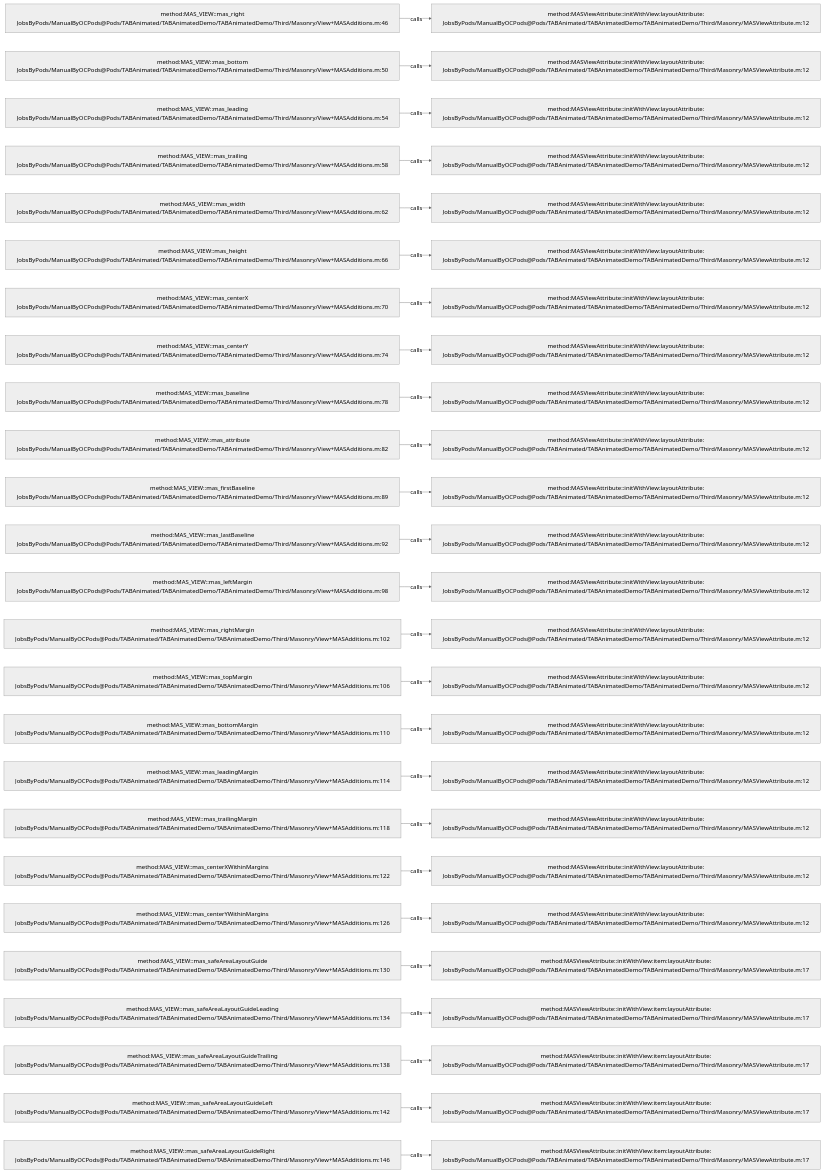
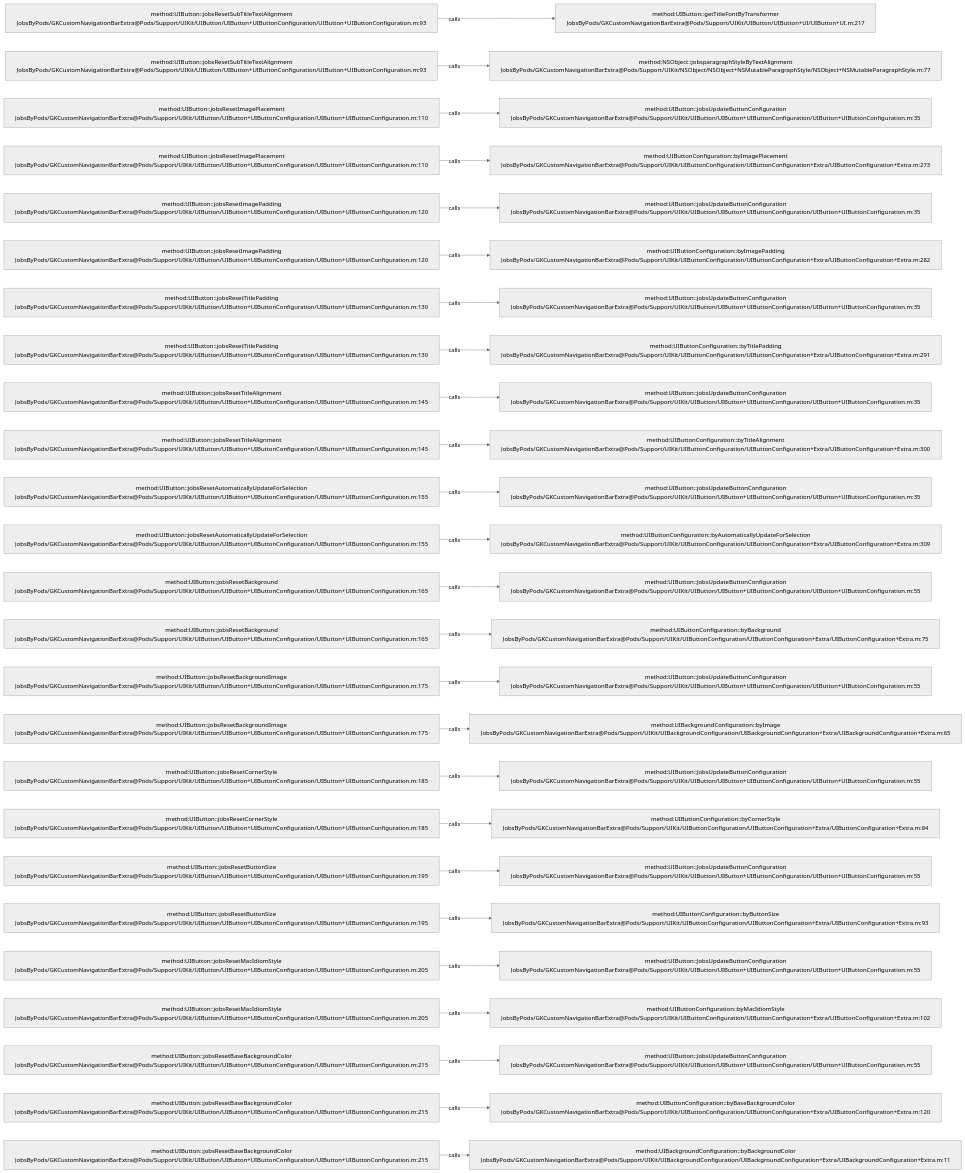
The diagram in .codegraph/codegraph.md/graphs/calls-033.md (JobsKits/JobsOCBaseConfigDemo), drawn with Mermaid (neutral theme) before and after one commit. The commit also changed 768 other files, not shown here.

````diff
--- a/.codegraph/codegraph.md/graphs/calls-033.md
+++ b/.codegraph/codegraph.md/graphs/calls-033.md
@@ -13,78 +13,78 @@
 ```mermaid
 flowchart LR
-  S1["method:MAS_VIEW::mas_right<br/>JobsByPods/ManualByOCPods@Pods/TABAnimated/TABAnimatedDemo/TABAnimatedDemo/Third/Masonry/View+MASAdditions.m:46"]
-  T1["method:MASViewAttribute::initWithView:layoutAttribute:<br/>JobsByPods/ManualByOCPods@Pods/TABAnimated/TABAnimatedDemo/TABAnimatedDemo/Third/Masonry/MASViewAttribute.m:12"]
+  S1["method:UIButton::jobsResetSubTitleTextAlignment<br/>JobsByPods/GKCustomNavigationBarExtra@Pods/Support/UIKit/UIButton/UIButton+UIButtonConfiguration/UIButton+UIButtonConfiguration.m:93"]
+  T1["method:UIButton::getTitleFontByTransformer<br/>JobsByPods/GKCustomNavigationBarExtra@Pods/Support/UIKit/UIButton/UIButton+UI/UIButton+UI.m:217"]
   S1 -->|calls| T1
-  S2["method:MAS_VIEW::mas_bottom<br/>JobsByPods/ManualByOCPods@Pods/TABAnimated/TABAnimatedDemo/TABAnimatedDemo/Third/Masonry/View+MASAdditions.m:50"]
-  T2["method:MASViewAttribute::initWithView:layoutAttribute:<br/>JobsByPods/ManualByOCPods@Pods/TABAnimated/TABAnimatedDemo/TABAnimatedDemo/Third/Masonry/MASViewAttribute.m:12"]
+  S2["method:UIButton::jobsResetSubTitleTextAlignment<br/>JobsByPods/GKCustomNavigationBarExtra@Pods/Support/UIKit/UIButton/UIButton+UIButtonConfiguration/UIButton+UIButtonConfiguration.m:93"]
+  T2["method:NSObject::jobsparagraphStyleByTextAlignment<br/>JobsByPods/GKCustomNavigationBarExtra@Pods/Support/UIKit/NSObject/NSObject+NSMutableParagraphStyle/NSObject+NSMutableParagraphStyle.m:77"]
   S2 -->|calls| T2
-  S3["method:MAS_VIEW::mas_leading<br/>JobsByPods/ManualByOCPods@Pods/TABAnimated/TABAnimatedDemo/TABAnimatedDemo/Third/Masonry/View+MASAdditions.m:54"]
-  T3["method:MASViewAttribute::initWithView:layoutAttribute:<br/>JobsByPods/ManualByOCPods@Pods/TABAnimated/TABAnimatedDemo/TABAnimatedDemo/Third/Masonry/MASViewAttribute.m:12"]
+  S3["method:UIButton::jobsResetImagePlacement<br/>JobsByPods/GKCustomNavigationBarExtra@Pods/Support/UIKit/UIButton/UIButton+UIButtonConfiguration/UIButton+UIButtonConfiguration.m:110"]
+  T3["method:UIButton::jobsUpdateButtonConfiguration<br/>JobsByPods/GKCustomNavigationBarExtra@Pods/Support/UIKit/UIButton/UIButton+UIButtonConfiguration/UIButton+UIButtonConfiguration.m:35"]
   S3 -->|calls| T3
-  S4["method:MAS_VIEW::mas_trailing<br/>JobsByPods/ManualByOCPods@Pods/TABAnimated/TABAnimatedDemo/TABAnimatedDemo/Third/Masonry/View+MASAdditions.m:58"]
-  T4["method:MASViewAttribute::initWithView:layoutAttribute:<br/>JobsByPods/ManualByOCPods@Pods/TABAnimated/TABAnimatedDemo/TABAnimatedDemo/Third/Masonry/MASViewAttribute.m:12"]
+  S4["method:UIButton::jobsResetImagePlacement<br/>JobsByPods/GKCustomNavigationBarExtra@Pods/Support/UIKit/UIButton/UIButton+UIButtonConfiguration/UIButton+UIButtonConfiguration.m:110"]
+  T4["method:UIButtonConfiguration::byImagePlacement<br/>JobsByPods/GKCustomNavigationBarExtra@Pods/Support/UIKit/UIButtonConfiguration/UIButtonConfiguration+Extra/UIButtonConfiguration+Extra.m:273"]
   S4 -->|calls| T4
-  S5["method:MAS_VIEW::mas_width<br/>JobsByPods/ManualByOCPods@Pods/TABAnimated/TABAnimatedDemo/TABAnimatedDemo/Third/Masonry/View+MASAdditions.m:62"]
-  T5["method:MASViewAttribute::initWithView:layoutAttribute:<br/>JobsByPods/ManualByOCPods@Pods/TABAnimated/TABAnimatedDemo/TABAnimatedDemo/Third/Masonry/MASViewAttribute.m:12"]
+  S5["method:UIButton::jobsResetImagePadding<br/>JobsByPods/GKCustomNavigationBarExtra@Pods/Support/UIKit/UIButton/UIButton+UIButtonConfiguration/UIButton+UIButtonConfiguration.m:120"]
+  T5["method:UIButton::jobsUpdateButtonConfiguration<br/>JobsByPods/GKCustomNavigationBarExtra@Pods/Support/UIKit/UIButton/UIButton+UIButtonConfiguration/UIButton+UIButtonConfiguration.m:35"]
   S5 -->|calls| T5
-  S6["method:MAS_VIEW::mas_height<br/>JobsByPods/ManualByOCPods@Pods/TABAnimated/TABAnimatedDemo/TABAnimatedDemo/Third/Masonry/View+MASAdditions.m:66"]
-  T6["method:MASViewAttribute::initWithView:layoutAttribute:<br/>JobsByPods/ManualByOCPods@Pods/TABAnimated/TABAnimatedDemo/TABAnimatedDemo/Third/Masonry/MASViewAttribute.m:12"]
+  S6["method:UIButton::jobsResetImagePadding<br/>JobsByPods/GKCustomNavigationBarExtra@Pods/Support/UIKit/UIButton/UIButton+UIButtonConfiguration/UIButton+UIButtonConfiguration.m:120"]
+  T6["method:UIButtonConfiguration::byImagePadding<br/>JobsByPods/GKCustomNavigationBarExtra@Pods/Support/UIKit/UIButtonConfiguration/UIButtonConfiguration+Extra/UIButtonConfiguration+Extra.m:282"]
   S6 -->|calls| T6
-  S7["method:MAS_VIEW::mas_centerX<br/>JobsByPods/ManualByOCPods@Pods/TABAnimated/TABAnimatedDemo/TABAnimatedDemo/Third/Masonry/View+MASAdditions.m:70"]
-  T7["method:MASViewAttribute::initWithView:layoutAttribute:<br/>JobsByPods/ManualByOCPods@Pods/TABAnimated/TABAnimatedDemo/TABAnimatedDemo/Third/Masonry/MASViewAttribute.m:12"]
+  S7["method:UIButton::jobsResetTitlePadding<br/>JobsByPods/GKCustomNavigationBarExtra@Pods/Support/UIKit/UIButton/UIButton+UIButtonConfiguration/UIButton+UIButtonConfiguration.m:130"]
+  T7["method:UIButton::jobsUpdateButtonConfiguration<br/>JobsByPods/GKCustomNavigationBarExtra@Pods/Support/UIKit/UIButton/UIButton+UIButtonConfiguration/UIButton+UIButtonConfiguration.m:35"]
   S7 -->|calls| T7
-  S8["method:MAS_VIEW::mas_centerY<br/>JobsByPods/ManualByOCPods@Pods/TABAnimated/TABAnimatedDemo/TABAnimatedDemo/Third/Masonry/View+MASAdditions.m:74"]
-  T8["method:MASViewAttribute::initWithView:layoutAttribute:<br/>JobsByPods/ManualByOCPods@Pods/TABAnimated/TABAnimatedDemo/TABAnimatedDemo/Third/Masonry/MASViewAttribute.m:12"]
+  S8["method:UIButton::jobsResetTitlePadding<br/>JobsByPods/GKCustomNavigationBarExtra@Pods/Support/UIKit/UIButton/UIButton+UIButtonConfiguration/UIButton+UIButtonConfiguration.m:130"]
+  T8["method:UIButtonConfiguration::byTitlePadding<br/>JobsByPods/GKCustomNavigationBarExtra@Pods/Support/UIKit/UIButtonConfiguration/UIButtonConfiguration+Extra/UIButtonConfiguration+Extra.m:291"]
   S8 -->|calls| T8
-  S9["method:MAS_VIEW::mas_baseline<br/>JobsByPods/ManualByOCPods@Pods/TABAnimated/TABAnimatedDemo/TABAnimatedDemo/Third/Masonry/View+MASAdditions.m:78"]
-  T9["method:MASViewAttribute::initWithView:layoutAttribute:<br/>JobsByPods/ManualByOCPods@Pods/TABAnimated/TABAnimatedDemo/TABAnimatedDemo/Third/Masonry/MASViewAttribute.m:12"]
+  S9["method:UIButton::jobsResetTitleAlignment<br/>JobsByPods/GKCustomNavigationBarExtra@Pods/Support/UIKit/UIButton/UIButton+UIButtonConfiguration/UIButton+UIButtonConfiguration.m:145"]
+  T9["method:UIButton::jobsUpdateButtonConfiguration<br/>JobsByPods/GKCustomNavigationBarExtra@Pods/Support/UIKit/UIButton/UIButton+UIButtonConfiguration/UIButton+UIButtonConfiguration.m:35"]
   S9 -->|calls| T9
-  S10["method:MAS_VIEW::mas_attribute<br/>JobsByPods/ManualByOCPods@Pods/TABAnimated/TABAnimatedDemo/TABAnimatedDemo/Third/Masonry/View+MASAdditions.m:82"]
-  T10["method:MASViewAttribute::initWithView:layoutAttribute:<br/>JobsByPods/ManualByOCPods@Pods/TABAnimated/TABAnimatedDemo/TABAnimatedDemo/Third/Masonry/MASViewAttribute.m:12"]
+  S10["method:UIButton::jobsResetTitleAlignment<br/>JobsByPods/GKCustomNavigationBarExtra@Pods/Support/UIKit/UIButton/UIButton+UIButtonConfiguration/UIButton+UIButtonConfiguration.m:145"]
+  T10["method:UIButtonConfiguration::byTitleAlignment<br/>JobsByPods/GKCustomNavigationBarExtra@Pods/Support/UIKit/UIButtonConfiguration/UIButtonConfiguration+Extra/UIButtonConfiguration+Extra.m:300"]
   S10 -->|calls| T10
-  S11["method:MAS_VIEW::mas_firstBaseline<br/>JobsByPods/ManualByOCPods@Pods/TABAnimated/TABAnimatedDemo/TABAnimatedDemo/Third/Masonry/View+MASAdditions.m:89"]
-  T11["method:MASViewAttribute::initWithView:layoutAttribute:<br/>JobsByPods/ManualByOCPods@Pods/TABAnimated/TABAnimatedDemo/TABAnimatedDemo/Third/Masonry/MASViewAttribute.m:12"]
+  S11["method:UIButton::jobsResetAutomaticallyUpdateForSelection<br/>JobsByPods/GKCustomNavigationBarExtra@Pods/Support/UIKit/UIButton/UIButton+UIButtonConfiguration/UIButton+UIButtonConfiguration.m:155"]
+  T11["method:UIButton::jobsUpdateButtonConfiguration<br/>JobsByPods/GKCustomNavigationBarExtra@Pods/Support/UIKit/UIButton/UIButton+UIButtonConfiguration/UIButton+UIButtonConfiguration.m:35"]
   S11 -->|calls| T11
-  S12["method:MAS_VIEW::mas_lastBaseline<br/>JobsByPods/ManualByOCPods@Pods/TABAnimated/TABAnimatedDemo/TABAnimatedDemo/Third/Masonry/View+MASAdditions.m:92"]
-  T12["method:MASViewAttribute::initWithView:layoutAttribute:<br/>JobsByPods/ManualByOCPods@Pods/TABAnimated/TABAnimatedDemo/TABAnimatedDemo/Third/Masonry/MASViewAttribute.m:12"]
+  S12["method:UIButton::jobsResetAutomaticallyUpdateForSelection<br/>JobsByPods/GKCustomNavigationBarExtra@Pods/Support/UIKit/UIButton/UIButton+UIButtonConfiguration/UIButton+UIButtonConfiguration.m:155"]
+  T12["method:UIButtonConfiguration::byAutomaticallyUpdateForSelection<br/>JobsByPods/GKCustomNavigationBarExtra@Pods/Support/UIKit/UIButtonConfiguration/UIButtonConfiguration+Extra/UIButtonConfiguration+Extra.m:309"]
   S12 -->|calls| T12
-  S13["method:MAS_VIEW::mas_leftMargin<br/>JobsByPods/ManualByOCPods@Pods/TABAnimated/TABAnimatedDemo/TABAnimatedDemo/Third/Masonry/View+MASAdditions.m:98"]
-  T13["method:MASViewAttribute::initWithView:layoutAttribute:<br/>JobsByPods/ManualByOCPods@Pods/TABAnimated/TABAnimatedDemo/TABAnimatedDemo/Third/Masonry/MASViewAttribute.m:12"]
+  S13["method:UIButton::jobsResetBackground<br/>JobsByPods/GKCustomNavigationBarExtra@Pods/Support/UIKit/UIButton/UIButton+UIButtonConfiguration/UIButton+UIButtonConfiguration.m:165"]
+  T13["method:UIButton::JobsUpdateButtonConfiguration<br/>JobsByPods/GKCustomNavigationBarExtra@Pods/Support/UIKit/UIButton/UIButton+UIButtonConfiguration/UIButton+UIButtonConfiguration.m:55"]
   S13 -->|calls| T13
-  S14["method:MAS_VIEW::mas_rightMargin<br/>JobsByPods/ManualByOCPods@Pods/TABAnimated/TABAnimatedDemo/TABAnimatedDemo/Third/Masonry/View+MASAdditions.m:102"]
-  T14["method:MASViewAttribute::initWithView:layoutAttribute:<br/>JobsByPods/ManualByOCPods@Pods/TABAnimated/TABAnimatedDemo/TABAnimatedDemo/Third/Masonry/MASViewAttribute.m:12"]
+  S14["method:UIButton::jobsResetBackground<br/>JobsByPods/GKCustomNavigationBarExtra@Pods/Support/UIKit/UIButton/UIButton+UIButtonConfiguration/UIButton+UIButtonConfiguration.m:165"]
+  T14["method:UIButtonConfiguration::byBackground<br/>JobsByPods/GKCustomNavigationBarExtra@Pods/Support/UIKit/UIButtonConfiguration/UIButtonConfiguration+Extra/UIButtonConfiguration+Extra.m:75"]
   S14 -->|calls| T14
-  S15["method:MAS_VIEW::mas_topMargin<br/>JobsByPods/ManualByOCPods@Pods/TABAnimated/TABAnimatedDemo/TABAnimatedDemo/Third/Masonry/View+MASAdditions.m:106"]
-  T15["method:MASViewAttribute::initWithView:layoutAttribute:<br/>JobsByPods/ManualByOCPods@Pods/TABAnimated/TABAnimatedDemo/TABAnimatedDemo/Third/Masonry/MASViewAttribute.m:12"]
+  S15["method:UIButton::jobsResetBackgroundImage<br/>JobsByPods/GKCustomNavigationBarExtra@Pods/Support/UIKit/UIButton/UIButton+UIButtonConfiguration/UIButton+UIButtonConfiguration.m:175"]
+  T15["method:UIButton::JobsUpdateButtonConfiguration<br/>JobsByPods/GKCustomNavigationBarExtra@Pods/Support/UIKit/UIButton/UIButton+UIButtonConfiguration/UIButton+UIButtonConfiguration.m:55"]
   S15 -->|calls| T15
-  S16["method:MAS_VIEW::mas_bottomMargin<br/>JobsByPods/ManualByOCPods@Pods/TABAnimated/TABAnimatedDemo/TABAnimatedDemo/Third/Masonry/View+MASAdditions.m:110"]
-  T16["method:MASViewAttribute::initWithView:layoutAttribute:<br/>JobsByPods/ManualByOCPods@Pods/TABAnimated/TABAnimatedDemo/TABAnimatedDemo/Third/Masonry/MASViewAttribute.m:12"]
+  S16["method:UIButton::jobsResetBackgroundImage<br/>JobsByPods/GKCustomNavigationBarExtra@Pods/Support/UIKit/UIButton/UIButton+UIButtonConfiguration/UIButton+UIButtonConfiguration.m:175"]
+  T16["method:UIBackgroundConfiguration::byImage<br/>JobsByPods/GKCustomNavigationBarExtra@Pods/Support/UIKit/UIBackgroundConfiguration/UIBackgroundConfiguration+Extra/UIBackgroundConfiguration+Extra.m:65"]
   S16 -->|calls| T16
-  S17["method:MAS_VIEW::mas_leadingMargin<br/>JobsByPods/ManualByOCPods@Pods/TABAnimated/TABAnimatedDemo/TABAnimatedDemo/Third/Masonry/View+MASAdditions.m:114"]
-  T17["method:MASViewAttribute::initWithView:layoutAttribute:<br/>JobsByPods/ManualByOCPods@Pods/TABAnimated/TABAnimatedDemo/TABAnimatedDemo/Third/Masonry/MASViewAttribute.m:12"]
+  S17["method:UIButton::jobsResetCornerStyle<br/>JobsByPods/GKCustomNavigationBarExtra@Pods/Support/UIKit/UIButton/UIButton+UIButtonConfiguration/UIButton+UIButtonConfiguration.m:185"]
+  T17["method:UIButton::JobsUpdateButtonConfiguration<br/>JobsByPods/GKCustomNavigationBarExtra@Pods/Support/UIKit/UIButton/UIButton+UIButtonConfiguration/UIButton+UIButtonConfiguration.m:55"]
   S17 -->|calls| T17
-  S18["method:MAS_VIEW::mas_trailingMargin<br/>JobsByPods/ManualByOCPods@Pods/TABAnimated/TABAnimatedDemo/TABAnimatedDemo/Third/Masonry/View+MASAdditions.m:118"]
-  T18["method:MASViewAttribute::initWithView:layoutAttribute:<br/>JobsByPods/ManualByOCPods@Pods/TABAnimated/TABAnimatedDemo/TABAnimatedDemo/Third/Masonry/MASViewAttribute.m:12"]
+  S18["method:UIButton::jobsResetCornerStyle<br/>JobsByPods/GKCustomNavigationBarExtra@Pods/Support/UIKit/UIButton/UIButton+UIButtonConfiguration/UIButton+UIButtonConfiguration.m:185"]
+  T18["method:UIButtonConfiguration::byCornerStyle<br/>JobsByPods/GKCustomNavigationBarExtra@Pods/Support/UIKit/UIButtonConfiguration/UIButtonConfiguration+Extra/UIButtonConfiguration+Extra.m:84"]
   S18 -->|calls| T18
-  S19["method:MAS_VIEW::mas_centerXWithinMargins<br/>JobsByPods/ManualByOCPods@Pods/TABAnimated/TABAnimatedDemo/TABAnimatedDemo/Third/Masonry/View+MASAdditions.m:122"]
-  T19["method:MASViewAttribute::initWithView:layoutAttribute:<br/>JobsByPods/ManualByOCPods@Pods/TABAnimated/TABAnimatedDemo/TABAnimatedDemo/Third/Masonry/MASViewAttribute.m:12"]
+  S19["method:UIButton::jobsResetButtonSize<br/>JobsByPods/GKCustomNavigationBarExtra@Pods/Support/UIKit/UIButton/UIButton+UIButtonConfiguration/UIButton+UIButtonConfiguration.m:195"]
+  T19["method:UIButton::JobsUpdateButtonConfiguration<br/>JobsByPods/GKCustomNavigationBarExtra@Pods/Support/UIKit/UIButton/UIButton+UIButtonConfiguration/UIButton+UIButtonConfiguration.m:55"]
   S19 -->|calls| T19
-  S20["method:MAS_VIEW::mas_centerYWithinMargins<br/>JobsByPods/ManualByOCPods@Pods/TABAnimated/TABAnimatedDemo/TABAnimatedDemo/Third/Masonry/View+MASAdditions.m:126"]
-  T20["method:MASViewAttribute::initWithView:layoutAttribute:<br/>JobsByPods/ManualByOCPods@Pods/TABAnimated/TABAnimatedDemo/TABAnimatedDemo/Third/Masonry/MASViewAttribute.m:12"]
+  S20["method:UIButton::jobsResetButtonSize<br/>JobsByPods/GKCustomNavigationBarExtra@Pods/Support/UIKit/UIButton/UIButton+UIButtonConfiguration/UIButton+UIButtonConfiguration.m:195"]
+  T20["method:UIButtonConfiguration::byButtonSize<br/>JobsByPods/GKCustomNavigationBarExtra@Pods/Support/UIKit/UIButtonConfiguration/UIButtonConfiguration+Extra/UIButtonConfiguration+Extra.m:93"]
   S20 -->|calls| T20
-  S21["method:MAS_VIEW::mas_safeAreaLayoutGuide<br/>JobsByPods/ManualByOCPods@Pods/TABAnimated/TABAnimatedDemo/TABAnimatedDemo/Third/Masonry/View+MASAdditions.m:130"]
-  T21["method:MASViewAttribute::initWithView:item:layoutAttribute:<br/>JobsByPods/ManualByOCPods@Pods/TABAnimated/TABAnimatedDemo/TABAnimatedDemo/Third/Masonry/MASViewAttribute.m:17"]
+  S21["method:UIButton::jobsResetMacIdiomStyle<br/>JobsByPods/GKCustomNavigationBarExtra@Pods/Support/UIKit/UIButton/UIButton+UIButtonConfiguration/UIButton+UIButtonConfiguration.m:205"]
+  T21["method:UIButton::JobsUpdateButtonConfiguration<br/>JobsByPods/GKCustomNavigationBarExtra@Pods/Support/UIKit/UIButton/UIButton+UIButtonConfiguration/UIButton+UIButtonConfiguration.m:55"]
   S21 -->|calls| T21
-  S22["method:MAS_VIEW::mas_safeAreaLayoutGuideLeading<br/>JobsByPods/ManualByOCPods@Pods/TABAnimated/TABAnimatedDemo/TABAnimatedDemo/Third/Masonry/View+MASAdditions.m:134"]
-  T22["method:MASViewAttribute::initWithView:item:layoutAttribute:<br/>JobsByPods/ManualByOCPods@Pods/TABAnimated/TABAnimatedDemo/TABAnimatedDemo/Third/Masonry/MASViewAttribute.m:17"]
+  S22["method:UIButton::jobsResetMacIdiomStyle<br/>JobsByPods/GKCustomNavigationBarExtra@Pods/Support/UIKit/UIButton/UIButton+UIButtonConfiguration/UIButton+UIButtonConfiguration.m:205"]
+  T22["method:UIButtonConfiguration::byMacIdiomStyle<br/>JobsByPods/GKCustomNavigationBarExtra@Pods/Support/UIKit/UIButtonConfiguration/UIButtonConfiguration+Extra/UIButtonConfiguration+Extra.m:102"]
   S22 -->|calls| T22
-  S23["method:MAS_VIEW::mas_safeAreaLayoutGuideTrailing<br/>JobsByPods/ManualByOCPods@Pods/TABAnimated/TABAnimatedDemo/TABAnimatedDemo/Third/Masonry/View+MASAdditions.m:138"]
-  T23["method:MASViewAttribute::initWithView:item:layoutAttribute:<br/>JobsByPods/ManualByOCPods@Pods/TABAnimated/TABAnimatedDemo/TABAnimatedDemo/Third/Masonry/MASViewAttribute.m:17"]
+  S23["method:UIButton::jobsResetBaseBackgroundColor<br/>JobsByPods/GKCustomNavigationBarExtra@Pods/Support/UIKit/UIButton/UIButton+UIButtonConfiguration/UIButton+UIButtonConfiguration.m:215"]
+  T23["method:UIButton::JobsUpdateButtonConfiguration<br/>JobsByPods/GKCustomNavigationBarExtra@Pods/Support/UIKit/UIButton/UIButton+UIButtonConfiguration/UIButton+UIButtonConfiguration.m:55"]
   S23 -->|calls| T23
-  S24["method:MAS_VIEW::mas_safeAreaLayoutGuideLeft<br/>JobsByPods/ManualByOCPods@Pods/TABAnimated/TABAnimatedDemo/TABAnimatedDemo/Third/Masonry/View+MASAdditions.m:142"]
-  T24["method:MASViewAttribute::initWithView:item:layoutAttribute:<br/>JobsByPods/ManualByOCPods@Pods/TABAnimated/TABAnimatedDemo/TABAnimatedDemo/Third/Masonry/MASViewAttribute.m:17"]
+  S24["method:UIButton::jobsResetBaseBackgroundColor<br/>JobsByPods/GKCustomNavigationBarExtra@Pods/Support/UIKit/UIButton/UIButton+UIButtonConfiguration/UIButton+UIButtonConfiguration.m:215"]
+  T24["method:UIButtonConfiguration::byBaseBackgroundColor<br/>JobsByPods/GKCustomNavigationBarExtra@Pods/Support/UIKit/UIButtonConfiguration/UIButtonConfiguration+Extra/UIButtonConfiguration+Extra.m:120"]
   S24 -->|calls| T24
-  S25["method:MAS_VIEW::mas_safeAreaLayoutGuideRight<br/>JobsByPods/ManualByOCPods@Pods/TABAnimated/TABAnimatedDemo/TABAnimatedDemo/Third/Masonry/View+MASAdditions.m:146"]
-  T25["method:MASViewAttribute::initWithView:item:layoutAttribute:<br/>JobsByPods/ManualByOCPods@Pods/TABAnimated/TABAnimatedDemo/TABAnimatedDemo/Third/Masonry/MASViewAttribute.m:17"]
+  S25["method:UIButton::jobsResetBaseBackgroundColor<br/>JobsByPods/GKCustomNavigationBarExtra@Pods/Support/UIKit/UIButton/UIButton+UIButtonConfiguration/UIButton+UIButtonConfiguration.m:215"]
+  T25["method:UIBackgroundConfiguration::byBackgroundColor<br/>JobsByPods/GKCustomNavigationBarExtra@Pods/Support/UIKit/UIBackgroundConfiguration/UIBackgroundConfiguration+Extra/UIBackgroundConfiguration+Extra.m:11"]
   S25 -->|calls| T25
 ```
````
